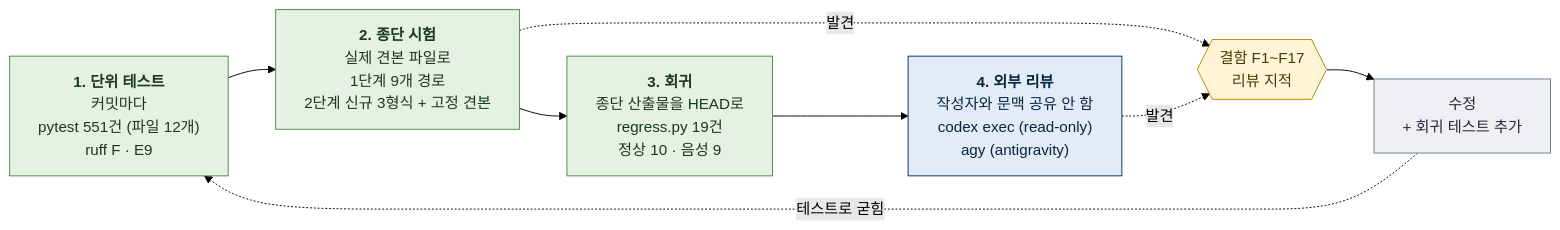
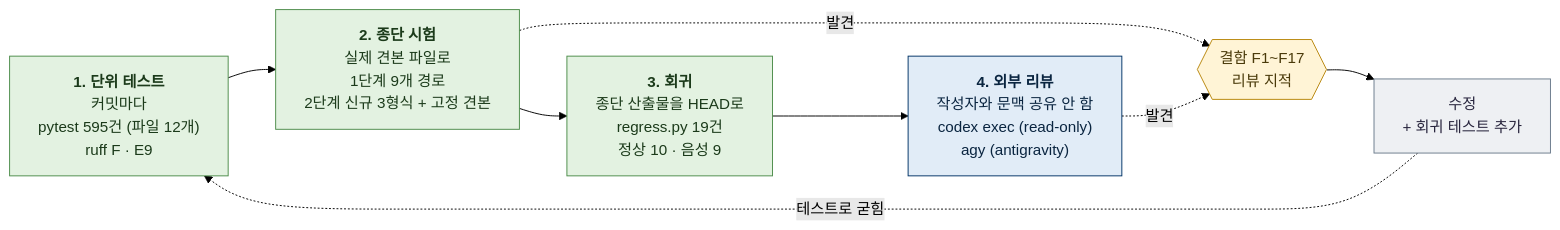
Before and after one commit to yarang/skills-for-work: the diagram in docu-writer/docs/diagrams/quality-layers.mmd, drawn with Mermaid (forest theme). The commit also changed 18 other files, not shown here.

```diff
--- a/docu-writer/docs/diagrams/quality-layers.mmd
+++ b/docu-writer/docs/diagrams/quality-layers.mmd
@@ -1,23 +1,23 @@
 %% 개발 품질은 네 겹으로 지킨다: 단위 테스트, 실제 파일로 도는 종단 시험, 그 산출물을 HEAD 코드로 다시 돌리는 회귀, 외부 모델 리뷰. 찾은 결함은 고친 뒤 테스트로 굳힌다
 %%{init: {"flowchart": {"wrappingWidth": 360}}}%%
 flowchart LR
-  T1["<b>1. 단위 테스트</b><br/>커밋마다<br/>pytest 551건 (파일 12개)<br/>ruff F · E9"]
+  T1["<b>1. 단위 테스트</b><br/>커밋마다<br/>pytest 595건 (파일 12개)<br/>ruff F · E9"]
   E1["<b>2. 종단 시험</b><br/>실제 견본 파일로<br/>1단계 9개 경로<br/>2단계 신규 3형식 + 고정 견본"]
   G1["<b>3. 회귀</b><br/>종단 산출물을 HEAD로<br/>regress.py 19건<br/>정상 10 · 음성 9"]
   X1["<b>4. 외부 리뷰</b><br/>작성자와 문맥 공유 안 함<br/>codex exec (read-only)<br/>agy (antigravity)"]
   F{{"결함 F1~F17<br/>리뷰 지적"}}
   FIX["수정<br/>+ 회귀 테스트 추가"]
   T1 --> E1 --> G1 --> X1
   E1 -.->|발견| F
   X1 -.->|발견| F
   F --> FIX
   FIX -.->|테스트로 굳힘| T1
 
   classDef done fill:#E3F2E1,stroke:#4C8C4A,color:#1B3A1A
   classDef agent fill:#E1ECF7,stroke:#003366,color:#0A2540
   classDef gate fill:#FFF4D6,stroke:#B8860B,color:#4A3A0A
   classDef main fill:#EEF0F3,stroke:#6B7B8C,color:#28253D
   class T1,E1,G1 done
   class X1 agent
   class F gate
   class FIX main
```
